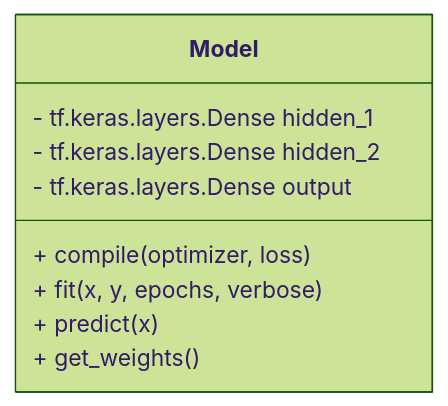
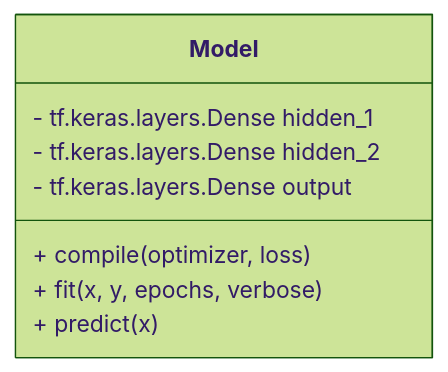
Before and after one commit to noneda/RedNeuronalBasica: the first of 2 diagrams in README.md, drawn with Mermaid (forest theme). The commit also changed other lines of this file and 1 other file, not shown here.

Commit message:
1.0.0 -> Markdown Mermaid b

````diff
--- a/README.md
+++ b/README.md
@@ -94,12 +83,11 @@
 ```mermaid
 classDiagram
     class Model {
         - tf.keras.layers.Dense hidden_1
         - tf.keras.layers.Dense hidden_2
         - tf.keras.layers.Dense output
         + compile(optimizer, loss)
         + fit(x, y, epochs, verbose)
         + predict(x)
-        + get_weights()
     }
 ```
````
